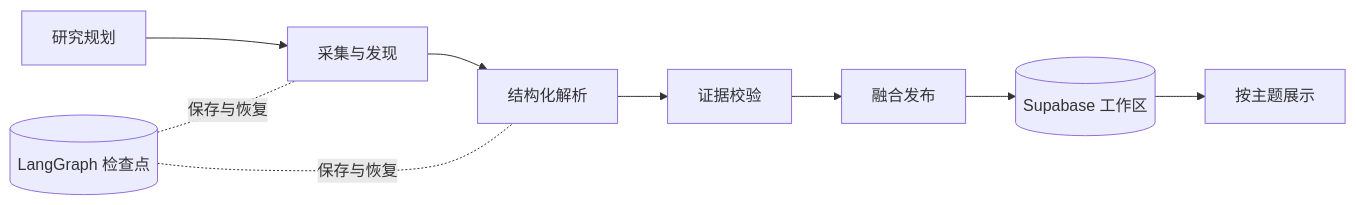
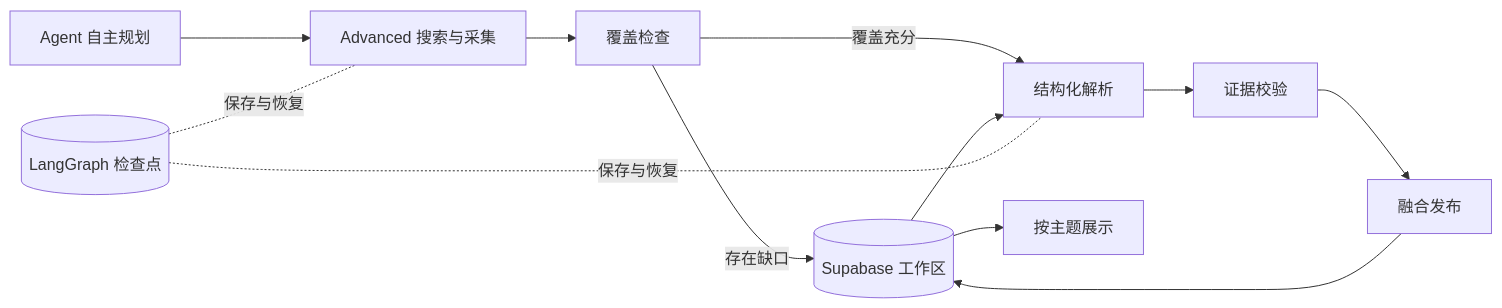
Before and after one commit to 335691851/Industrial-AI-research: the diagram in README.md, drawn with Mermaid. The commit also changed other lines of this file and 11 other files, not shown here.

````diff
--- a/README.md
+++ b/README.md
@@ -32,11 +32,14 @@
 ```mermaid
 flowchart LR
-  P[研究规划] --> C[采集与发现]
-  C --> E[结构化解析]
+  P[Agent 自主规划] --> C[Advanced 搜索与采集]
+  C --> G[覆盖检查]
+  G -->|存在缺口| S[定向补充搜索]
+  G -->|覆盖充分| E[结构化解析]
+  S --> E
   E --> V[证据校验]
   V --> M[融合发布]
   D[(LangGraph 检查点)] -. 保存与恢复 .- C
   D -. 保存与恢复 .- E
   M --> S[(Supabase 工作区)]
   S --> U[按主题展示]
 ```
````
